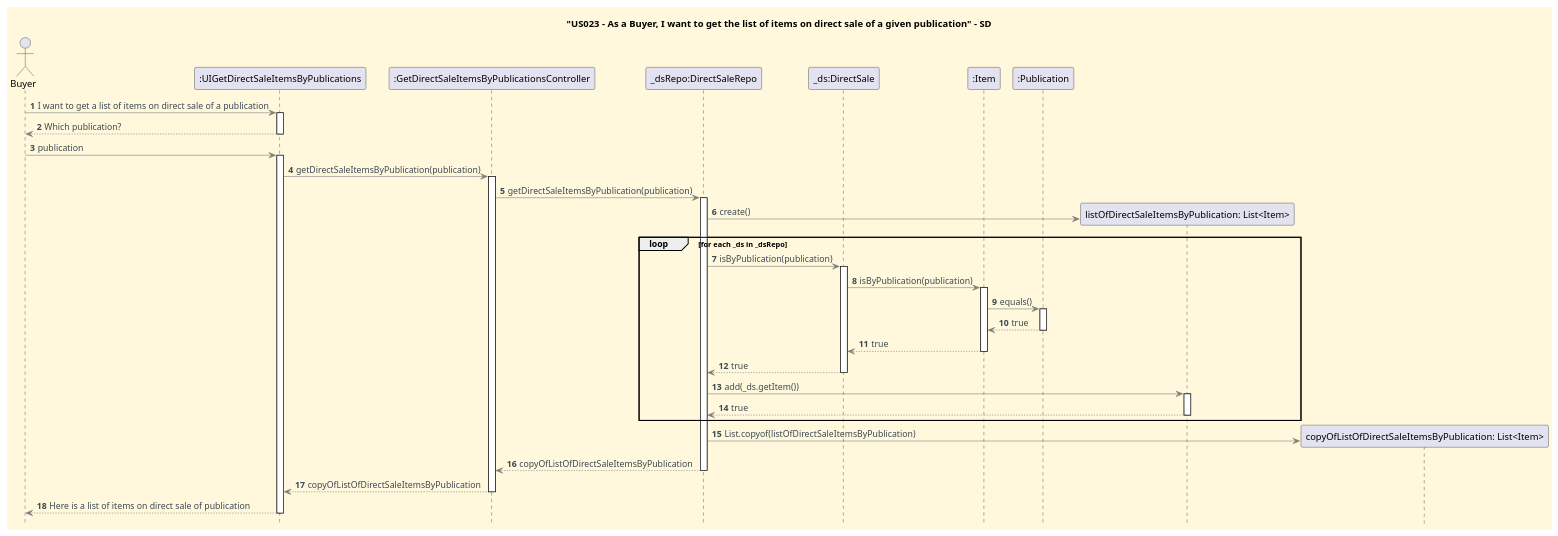
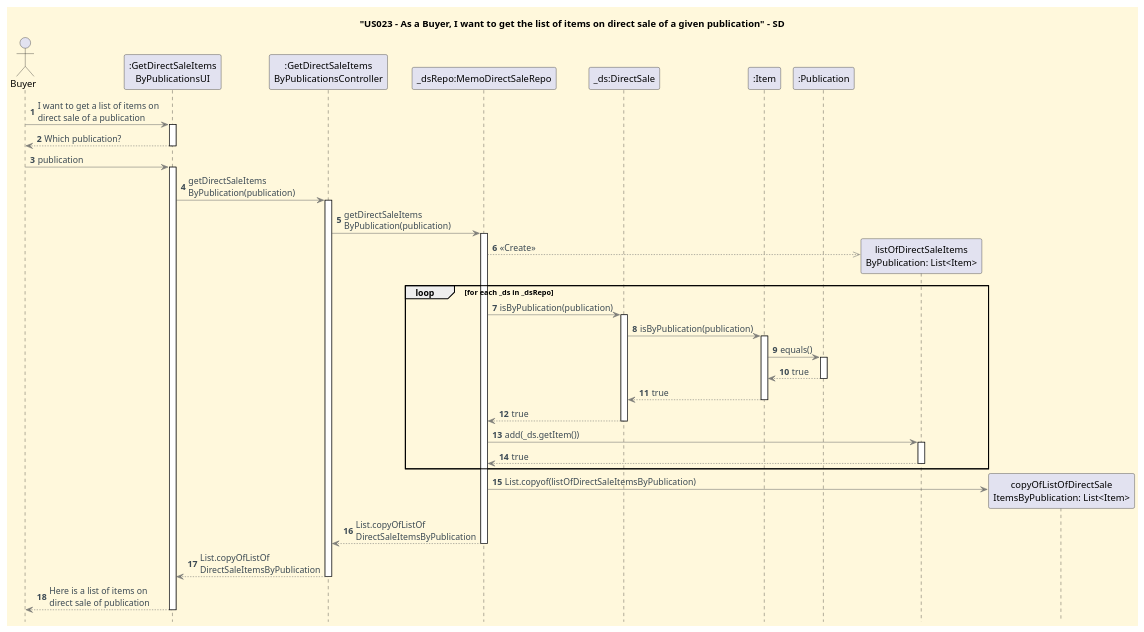
Before and after one commit to CarolinaLeite-collab/JavaMarketplacePlatform: the diagram in docs/userStories/US023/US023_get_list_items_directSale_given_publication_SD.puml, drawn with PlantUML. The commit also changed 1 other file, not shown here.

```diff
--- a/docs/userStories/US023/US023_get_list_items_directSale_given_publication_SD.puml
+++ b/docs/userStories/US023/US023_get_list_items_directSale_given_publication_SD.puml
@@ -1,73 +1,73 @@
 @startuml
 title "US023 - As a Buyer, I want to get the list of items on direct sale of a given publication" - SD
 hidefootbox
 
 '==== basic style ====
 skinparam monochrome false
 skinparam shadowing false
 skinparam defaultFontName Futura
 skinparam objectFontSize 20
 skinparam backgroundColor CornSilk
 skinparam objectBackgroundColor WhiteSmoke
 skinparam noteBackgroundColor #FFFFE0
 skinparam ArrowFontColor #3B4953
 skinparam ArrowColor #57595BAA
 skinparam ActivationBackgroundColor WhiteSmoke
 
 
 autonumber
 autoactivate off
 
 ' --- Actor and participants ---
 actor Buyer
-participant ":UIGetDirectSaleItemsByPublications" as UI
-participant ":GetDirectSaleItemsByPublicationsController" as Ctl
-participant "_dsRepo:DirectSaleRepo" as dsr
+participant ":GetDirectSaleItems\nByPublicationsUI" as UI
+participant ":GetDirectSaleItems\nByPublicationsController" as Ctl
+participant "_dsRepo:MemoDirectSaleRepo" as dsr
 participant "_ds:DirectSale" as ds
 participant ":Item" as item
 participant ":Publication" as pub
 
-Buyer -> UI: I want to get a list of items on direct sale of a publication
+Buyer -> UI: I want to get a list of items on \ndirect sale of a publication
 activate UI
 UI --> Buyer: Which publication?
 deactivate UI
 
 'publication object
 Buyer -> UI: publication
 activate UI
-UI -> Ctl: getDirectSaleItemsByPublication(publication)
+UI -> Ctl: getDirectSaleItems\nByPublication(publication)
 activate Ctl
-Ctl -> dsr: getDirectSaleItemsByPublication(publication)
+Ctl -> dsr: getDirectSaleItems\nByPublication(publication)
 activate dsr
-create "listOfDirectSaleItemsByPublication: List<Item>" as list
+create "listOfDirectSaleItems\nByPublication: List<Item>" as list
 
-dsr -> list: create()
+dsr -->> list: <<Create>>
 loop for each _ds in _dsRepo
         dsr -> ds: isByPublication(publication)
         activate ds
         ds -> item: isByPublication(publication)
         activate item
         item -> pub: equals()
         activate pub
         pub --> item: true
         deactivate pub
         item --> ds: true
         deactivate item
         ds --> dsr: true
         deactivate ds
         dsr -> list: add(_ds.getItem())
         activate list
         list --> dsr: true
         deactivate list
 
 end
 
-create "copyOfListOfDirectSaleItemsByPublication: List<Item>" as copy
+create "copyOfListOfDirectSale\nItemsByPublication: List<Item>" as copy
 dsr -> copy: List.copyof(listOfDirectSaleItemsByPublication)
-dsr --> Ctl: copyOfListOfDirectSaleItemsByPublication
+dsr --> Ctl: List.copyOfListOf\nDirectSaleItemsByPublication
 deactivate dsr
-Ctl --> UI: copyOfListOfDirectSaleItemsByPublication
+Ctl --> UI: List.copyOfListOf\nDirectSaleItemsByPublication
 deactivate Ctl
-UI --> Buyer: Here is a list of items on direct sale of publication
+UI --> Buyer: Here is a list of items on \ndirect sale of publication
 deactivate UI
 @enduml
```
